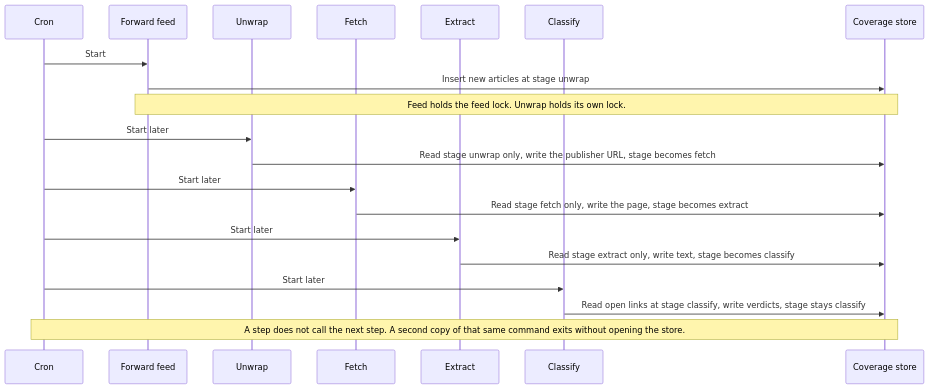
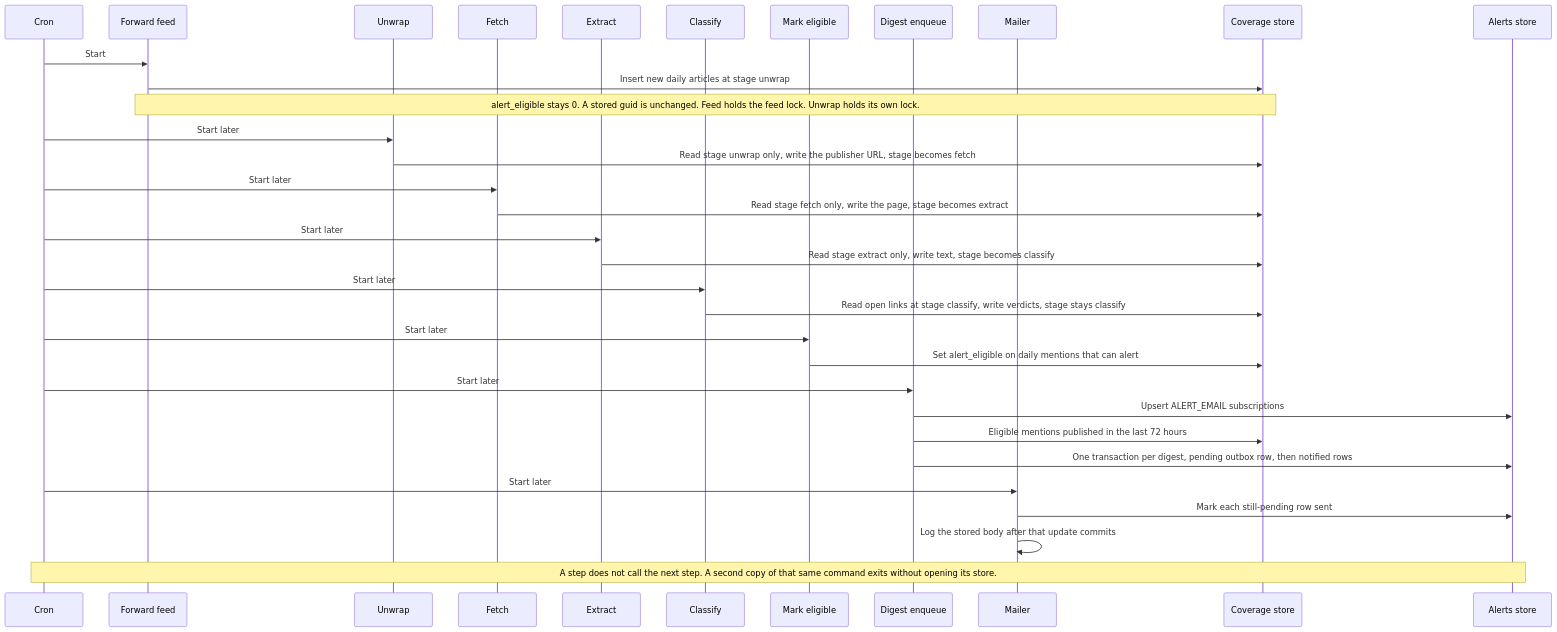
The third of 8 diagrams in docs/ARCHITECTURE.md (itayavtalyon/press-mentions), drawn with Mermaid before and after one commit. The commit also changed other lines of this file and 374 other files, not shown here.

````diff
--- a/docs/ARCHITECTURE.md
+++ b/docs/ARCHITECTURE.md
@@ -98,23 +101,36 @@
 ```mermaid
 sequenceDiagram
   participant Cron
   participant Feed as Forward feed
   participant Unwrap
   participant Fetch
   participant Extract
   participant Classify
+  participant Eligible as Mark eligible
+  participant Digest as Digest enqueue
+  participant Mail as Mailer
   participant DB as Coverage store
+  participant Alerts as Alerts store
 
   Cron->>Feed: Start
-  Feed->>DB: Insert new articles at stage unwrap
-  Note over Feed,DB: Feed holds the feed lock. Unwrap holds its own lock.
+  Feed->>DB: Insert new daily articles at stage unwrap
+  Note over Feed,DB: alert_eligible stays 0. A stored guid is unchanged. Feed holds the feed lock. Unwrap holds its own lock.
   Cron->>Unwrap: Start later
   Unwrap->>DB: Read stage unwrap only, write the publisher URL, stage becomes fetch
   Cron->>Fetch: Start later
   Fetch->>DB: Read stage fetch only, write the page, stage becomes extract
   Cron->>Extract: Start later
   Extract->>DB: Read stage extract only, write text, stage becomes classify
   Cron->>Classify: Start later
   Classify->>DB: Read open links at stage classify, write verdicts, stage stays classify
-  Note over Cron,DB: A step does not call the next step. A second copy of that same command exits without opening the store.
+  Cron->>Eligible: Start later
+  Eligible->>DB: Set alert_eligible on daily mentions that can alert
+  Cron->>Digest: Start later
+  Digest->>Alerts: Upsert ALERT_EMAIL subscriptions
+  Digest->>DB: Eligible mentions published in the last 72 hours
+  Digest->>Alerts: One transaction per digest, pending outbox row, then notified rows
+  Cron->>Mail: Start later
+  Mail->>Alerts: Mark each still-pending row sent
+  Mail->>Mail: Log the stored body after that update commits
+  Note over Cron,Alerts: A step does not call the next step. A second copy of that same command exits without opening its store.
 ```
````
